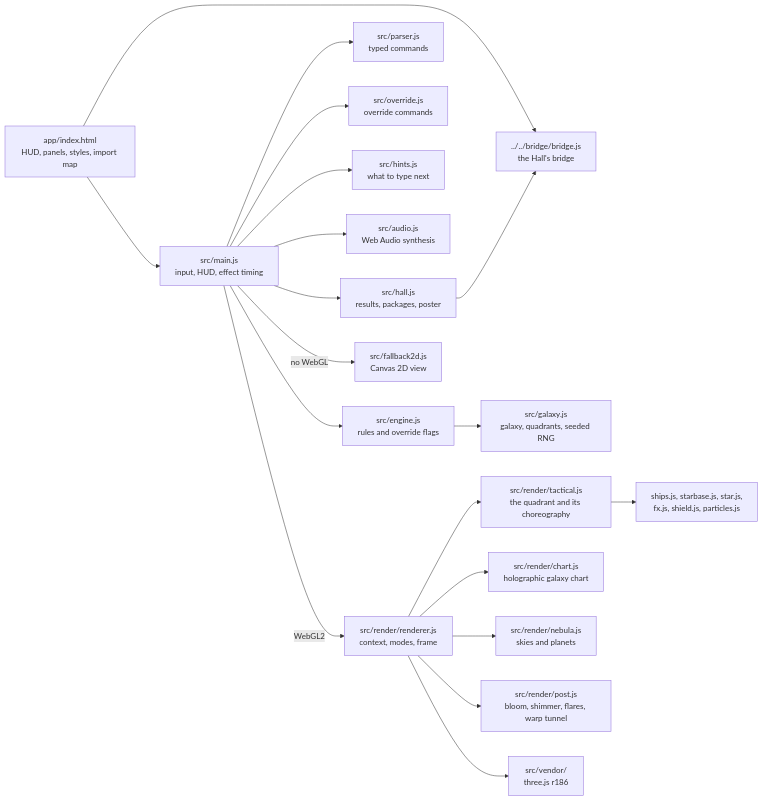
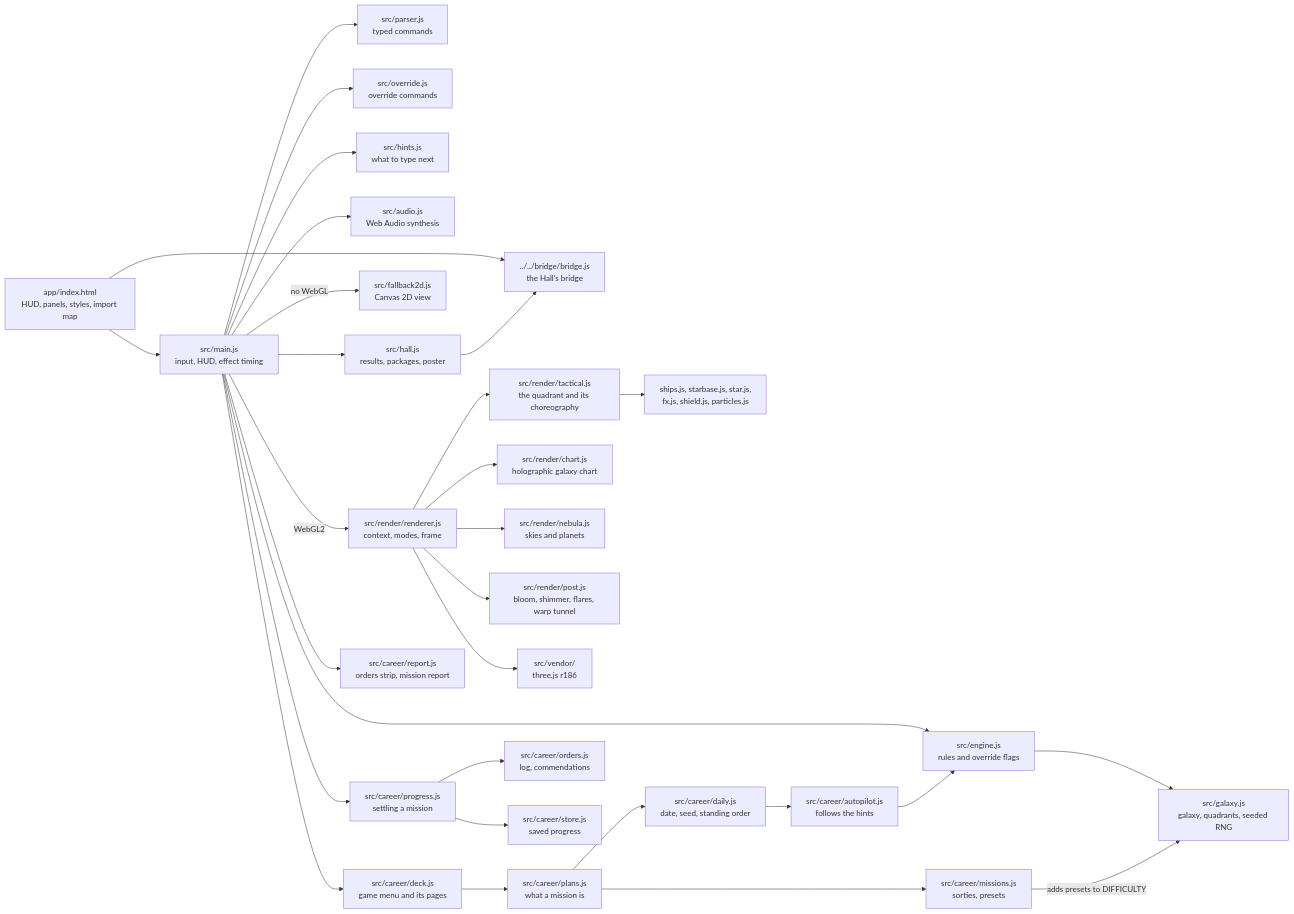
One commit to agunawijaya/usr-games-reborn changed the first of 2 diagrams in games/trek/docs/ARCHITECTURE.md. Above: the diagram before and after it, drawn with Mermaid. The commit also changed other lines of this file and 36 other files, not shown here.

First line of the commit message:
Trek — Deep Space: game menu, Frontier Tour, Daily Patrol, ranks and mission reports

````diff
--- a/games/trek/docs/ARCHITECTURE.md
+++ b/games/trek/docs/ARCHITECTURE.md
@@ -18,21 +20,32 @@
 ```mermaid
 flowchart LR
   html["app/index.html<br/>HUD, panels, styles, import map"] --> bridge["../../bridge/bridge.js<br/>the Hall's bridge"]
   html --> main["src/main.js<br/>input, HUD, effect timing"]
   main --> engine["src/engine.js<br/>rules and override flags"]
   engine --> galaxy["src/galaxy.js<br/>galaxy, quadrants, seeded RNG"]
   main --> parser["src/parser.js<br/>typed commands"]
   main --> override["src/override.js<br/>override commands"]
   main --> hints["src/hints.js<br/>what to type next"]
   main --> audio["src/audio.js<br/>Web Audio synthesis"]
   main -->|"WebGL2"| renderer["src/render/renderer.js<br/>context, modes, frame"]
   main -->|"no WebGL"| fallback["src/fallback2d.js<br/>Canvas 2D view"]
   renderer --> tactical["src/render/tactical.js<br/>the quadrant and its choreography"]
   renderer --> chart["src/render/chart.js<br/>holographic galaxy chart"]
   renderer --> nebula["src/render/nebula.js<br/>skies and planets"]
   renderer --> post["src/render/post.js<br/>bloom, shimmer, flares, warp tunnel"]
   tactical --> models["ships.js, starbase.js, star.js,<br/>fx.js, shield.js, particles.js"]
   renderer --> three["src/vendor/<br/>three.js r186"]
   main --> hall["src/hall.js<br/>results, packages, poster"]
   hall --> bridge
+  main --> deck["src/career/deck.js<br/>game menu and its pages"]
+  main --> report["src/career/report.js<br/>orders strip, mission report"]
+  main --> progress["src/career/progress.js<br/>settling a mission"]
+  deck --> plans["src/career/plans.js<br/>what a mission is"]
+  plans --> missions["src/career/missions.js<br/>sorties, presets"]
+  plans --> daily["src/career/daily.js<br/>date, seed, standing order"]
+  missions -->|"adds presets to DIFFICULTY"| galaxy
+  daily --> autopilot["src/career/autopilot.js<br/>follows the hints"]
+  autopilot --> engine
+  progress --> orders["src/career/orders.js<br/>log, commendations"]
+  progress --> store["src/career/store.js<br/>saved progress"]
 ```
````
